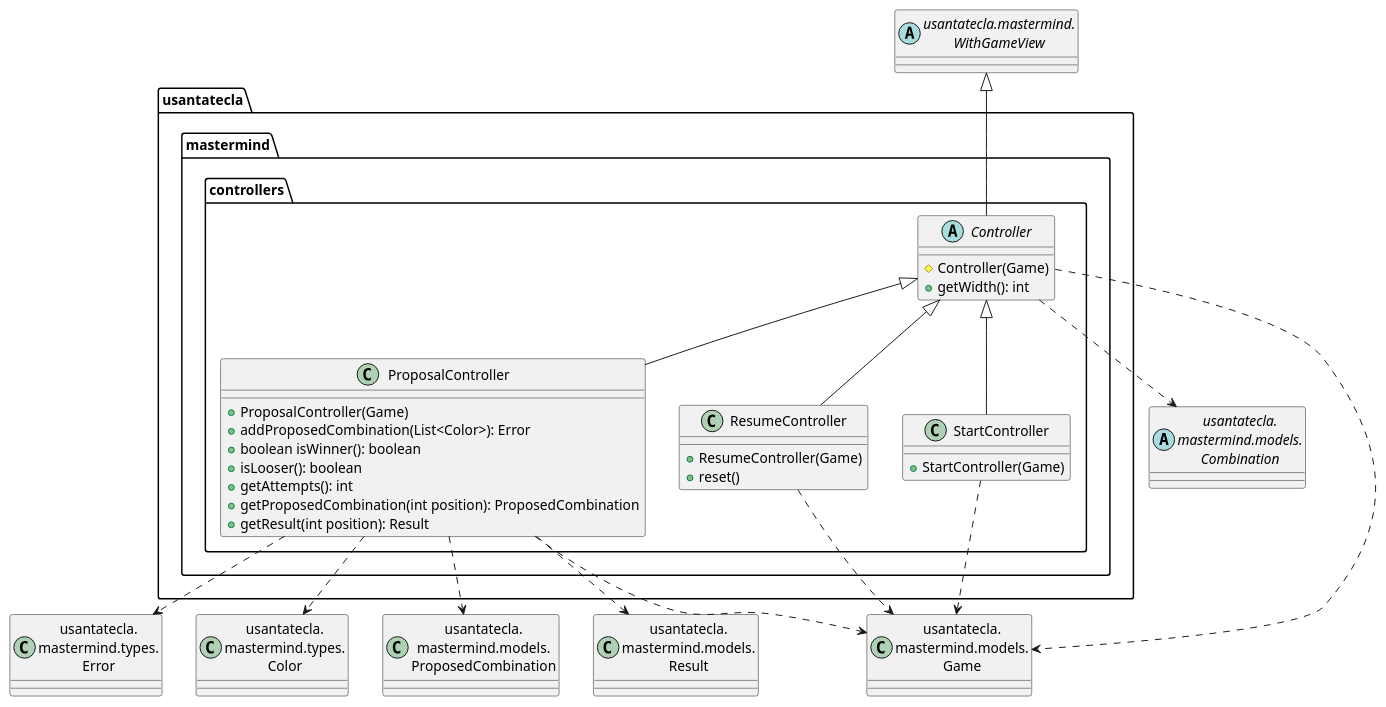
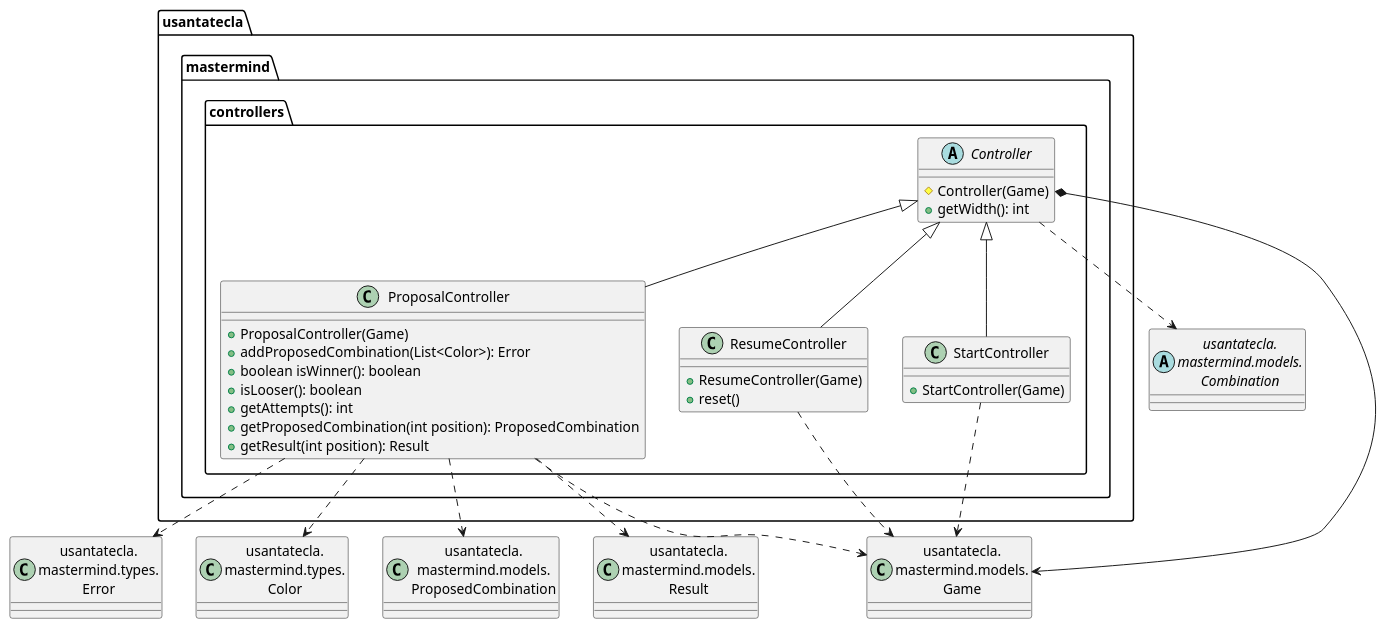
Before and after one commit to SantaTecla-mastermind/solution.java.swing.socket.sql: the fourth of 7 diagrams in modelViewPresenter/presentationModel/basic/docs/diagrams/src/paquetes.plantuml, drawn with PlantUML. The commit also changed other lines of this file and 44 other files, not shown here.

Commit message:
Some refactor in previous versions. Fixed code + diagrams in withFacade + implemented WithLogicView

```diff
--- a/modelViewPresenter/presentationModel/basic/docs/diagrams/src/paquetes.plantuml
+++ b/modelViewPresenter/presentationModel/basic/docs/diagrams/src/paquetes.plantuml
@@ -226,47 +220,45 @@
 @startuml usantatecla.mastermind.controllers
 
-abstract class WithGameView as "usantatecla.mastermind.\nWithGameView"
 abstract class Combination as "usantatecla.\nmastermind.models.\nCombination"
 class Game as "usantatecla.\nmastermind.models.\nGame"
 class Error as "usantatecla.\nmastermind.types.\nError"
 class Color as "usantatecla.\nmastermind.types.\nColor"
 class ProposedCombination as "usantatecla.\nmastermind.models.\nProposedCombination"
 class Result as "usantatecla.\nmastermind.models.\nResult"
 
 abstract class usantatecla.mastermind.controllers.Controller {
     # Controller(Game)
     + getWidth(): int
 }
-usantatecla.mastermind.controllers.Controller -up-|> WithGameView
-usantatecla.mastermind.controllers.Controller .down.> Game
+usantatecla.mastermind.controllers.Controller *-down-> Game
 usantatecla.mastermind.controllers.Controller .down.> Combination
 
 class usantatecla.mastermind.controllers.StartController {
     + StartController(Game)
 }
 usantatecla.mastermind.controllers.Controller <|-down- usantatecla.mastermind.controllers.StartController
 usantatecla.mastermind.controllers.StartController .down.> Game
 
 class usantatecla.mastermind.controllers.ProposalController {
     + ProposalController(Game)
     + addProposedCombination(List<Color>): Error
     + boolean isWinner(): boolean
     + isLooser(): boolean
     + getAttempts(): int
     + getProposedCombination(int position): ProposedCombination
     + getResult(int position): Result
 }
 usantatecla.mastermind.controllers.Controller <|-down- usantatecla.mastermind.controllers.ProposalController
 usantatecla.mastermind.controllers.ProposalController .down.> Error
 usantatecla.mastermind.controllers.ProposalController .down.> ProposedCombination
 usantatecla.mastermind.controllers.ProposalController .down.> Result
 usantatecla.mastermind.controllers.ProposalController .down.> Color
 usantatecla.mastermind.controllers.ProposalController .down.> Game
 
 class usantatecla.mastermind.controllers.ResumeController {
     + ResumeController(Game)
     + reset()
 }
 usantatecla.mastermind.controllers.Controller <|-down- usantatecla.mastermind.controllers.ResumeController
 usantatecla.mastermind.controllers.ResumeController .down.> Game
 @enduml
```
